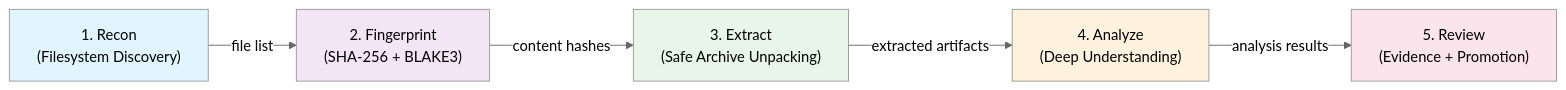
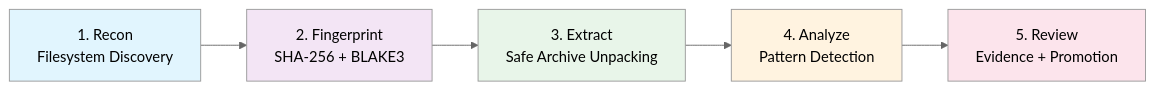
The third of 3 diagrams in README.md (Runndownn/ATLAS), drawn with Mermaid (neutral theme) before and after one commit. The commit also changed other lines of this file and 27 other files, not shown here.

````diff
--- a/README.md
+++ b/README.md
@@ -115,19 +148,13 @@
 ```mermaid
 graph LR
-    P1["1. Recon\n(Filesystem Discovery)"]
-    P2["2. Fingerprint\n(SHA-256 + BLAKE3)"]
-    P3["3. Extract\n(Safe Archive Unpacking)"]
-    P4["4. Analyze\n(Deep Understanding)"]
-    P5["5. Review\n(Evidence + Promotion)"]
-
-    P1 -->|"file list"| P2
-    P2 -->|"content hashes"| P3
-    P3 -->|"extracted artifacts"| P4
-    P4 -->|"analysis results"| P5
+    P1["1. Recon<br/>Filesystem Discovery"] --> P2["2. Fingerprint<br/>SHA-256 + BLAKE3"]
+    P2 --> P3["3. Extract<br/>Safe Archive Unpacking"]
+    P3 --> P4["4. Analyze<br/>Pattern Detection"]
+    P4 --> P5["5. Review<br/>Evidence + Promotion"]
 
     style P1 fill:#e1f5fe
     style P2 fill:#f3e5f5
     style P3 fill:#e8f5e9
     style P4 fill:#fff3e0
     style P5 fill:#fce4ec
 ```
````
